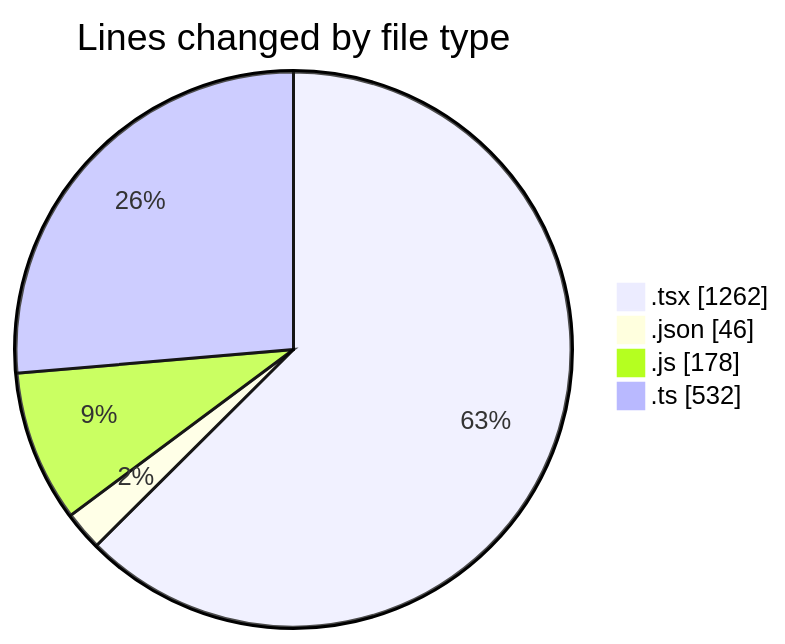
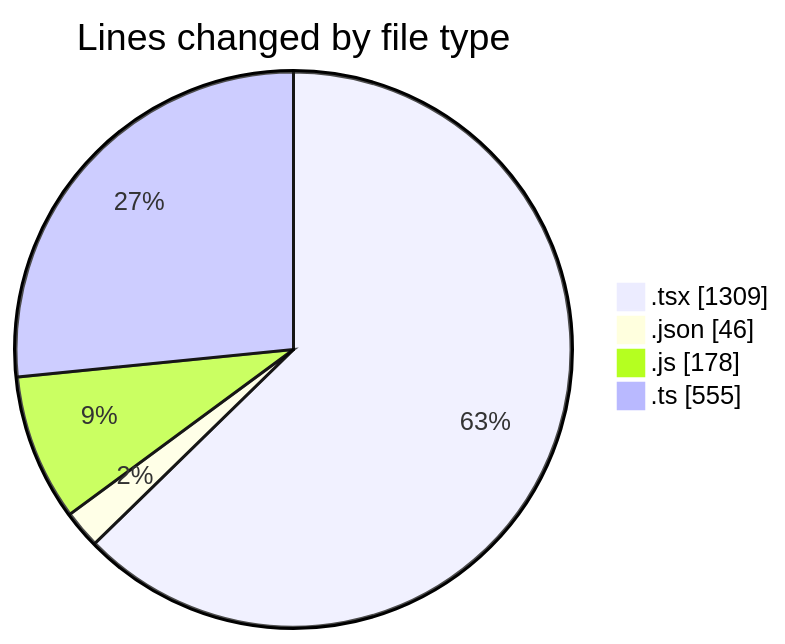
One commit to momahboobian/code-tracking changed the first of 2 diagrams in 2026-08-07/cda/README.md. Above: the diagram before and after it, drawn with Mermaid. The commit also changed other lines of this file and 1 other file, not shown here.

````diff
--- a/2026-08-07/cda/README.md
+++ b/2026-08-07/cda/README.md
@@ -30,8 +30,8 @@
 ```mermaid
 pie showData
 title Lines changed by file type
-".tsx" : 1262
+".tsx" : 1309
 ".json" : 46
 ".js" : 178
-".ts" : 532
+".ts" : 555
 ```
````
